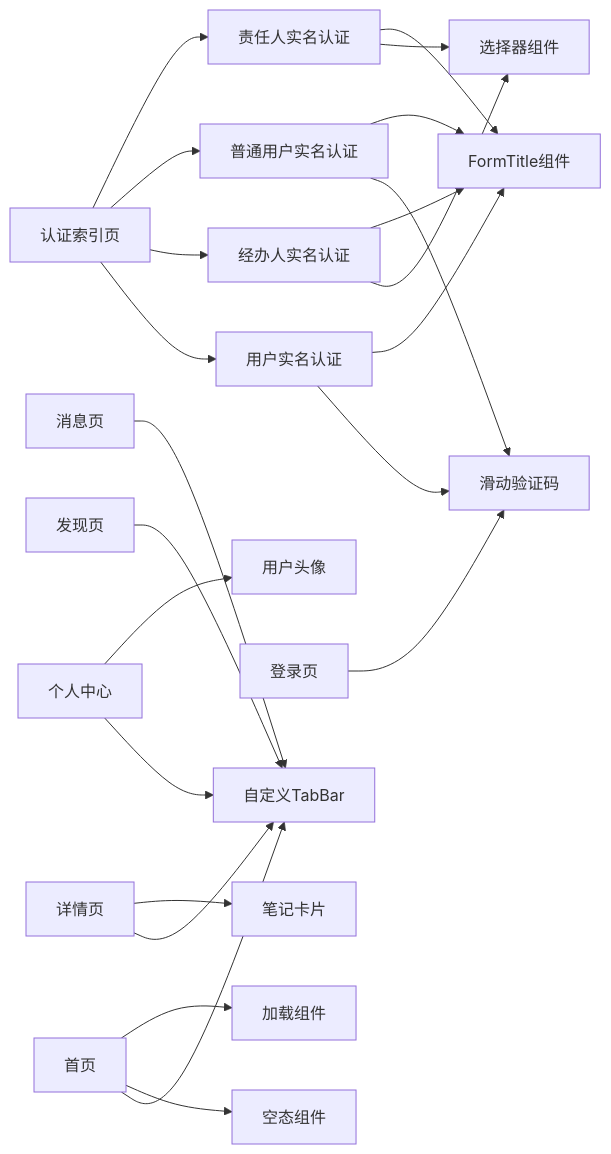
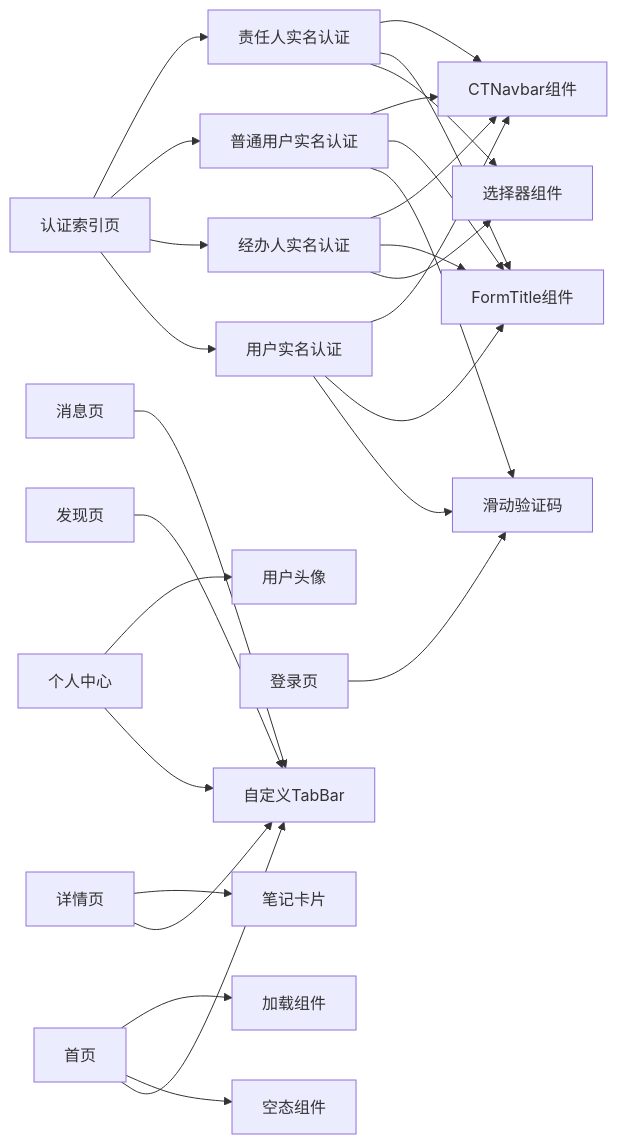
One commit to zuolinbao/redbook changed diagram 13 of 13 in .qoder/repowiki/zh/content/页面组件.md. Above: the diagram before and after it, drawn with Mermaid. The commit also changed other lines of this file and 7 other files, not shown here.

````diff
--- a/.qoder/repowiki/zh/content/页面组件.md
+++ b/.qoder/repowiki/zh/content/页面组件.md
@@ -611,25 +630,29 @@
 ```mermaid
 graph LR
 INDEX["认证索引页"] --> USERREALNAME["用户实名认证"]
 INDEX --> OPERATORREALNAME["经办人实名认证"]
 INDEX --> ORDINARYUSERREALNAME["普通用户实名认证"]
 INDEX --> RESPONSIBLEREALNAME["责任人实名认证"]
 HOME["首页"] --> TAB["自定义TabBar"]
 DETAIL["详情页"] --> TAB
 PROFILE["个人中心"] --> TAB
 DISCOVER["发现页"] --> TAB
 MESSAGE["消息页"] --> TAB
 LOGIN["登录页"] --> SLIDER["滑动验证码"]
 HOME --> EMPTY["空态组件"]
 HOME --> LOAD["加载组件"]
 DETAIL --> CARD["笔记卡片"]
 PROFILE --> AVA["用户头像"]
 USERREALNAME --> SLIDER
 USERREALNAME --> FORMTITLE["FormTitle组件"]
+USERREALNAME --> CTNAVBAR["CTNavbar组件"]
 OPERATORREALNAME --> PICKER["选择器组件"]
 OPERATORREALNAME --> FORMTITLE
+OPERATORREALNAME --> CTNAVBAR
 ORDINARYUSERREALNAME --> SLIDER
 ORDINARYUSERREALNAME --> FORMTITLE
+ORDINARYUSERREALNAME --> CTNAVBAR
 RESPONSIBLEREALNAME --> PICKER
 RESPONSIBLEREALNAME --> FORMTITLE
+RESPONSIBLEREALNAME --> CTNAVBAR
 ```
````
